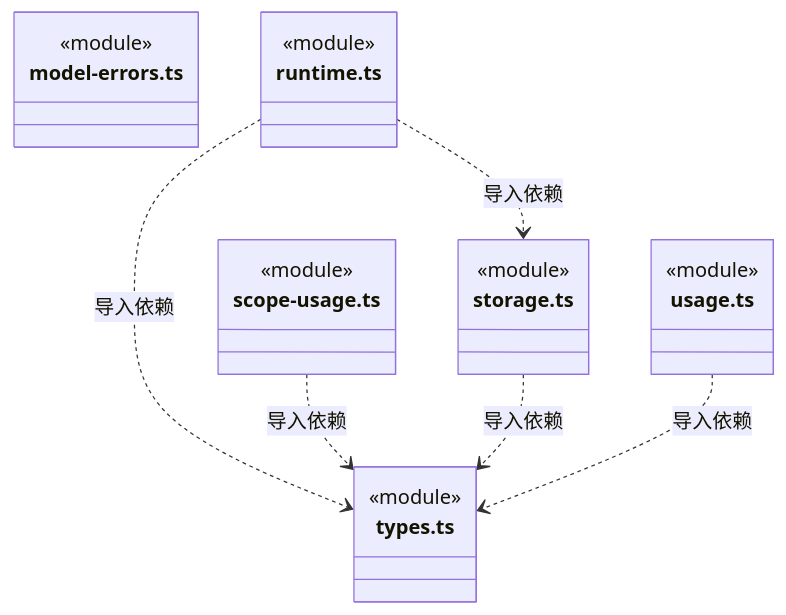
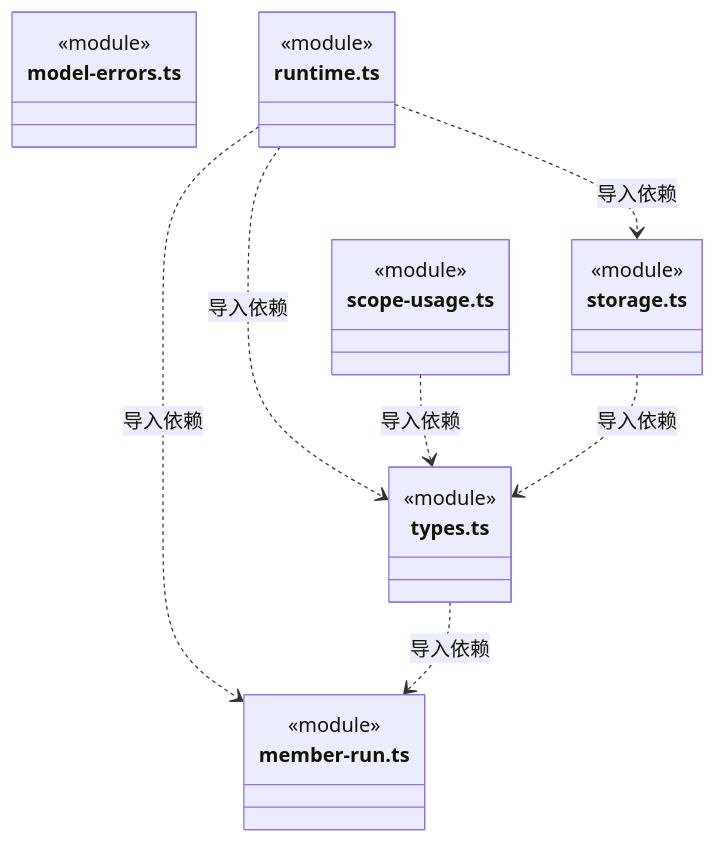
The second of 11 diagrams in src/backend/core/brain/ARCHITECTURE.md (nan023062/cbim), drawn with Mermaid before and after one commit. The commit also changed other lines of this file and 56 other files, not shown here.

````diff
--- a/src/backend/core/brain/ARCHITECTURE.md
+++ b/src/backend/core/brain/ARCHITECTURE.md
@@ -54,26 +54,27 @@
 ```mermaid
 classDiagram
+class N_src_backend_core_brain_member_run_ts["member-run.ts"] {
+  <<module>>
+}
 class N_src_backend_core_brain_model_errors_ts["model-errors.ts"] {
   <<module>>
 }
 class N_src_backend_core_brain_runtime_ts["runtime.ts"] {
   <<module>>
 }
 class N_src_backend_core_brain_scope_usage_ts["scope-usage.ts"] {
   <<module>>
 }
 class N_src_backend_core_brain_storage_ts["storage.ts"] {
   <<module>>
 }
 class N_src_backend_core_brain_types_ts["types.ts"] {
   <<module>>
 }
-class N_src_backend_core_brain_usage_ts["usage.ts"] {
-  <<module>>
-}
 N_src_backend_core_brain_runtime_ts ..> N_src_backend_core_brain_storage_ts : 导入依赖
+N_src_backend_core_brain_runtime_ts ..> N_src_backend_core_brain_member_run_ts : 导入依赖
 N_src_backend_core_brain_runtime_ts ..> N_src_backend_core_brain_types_ts : 导入依赖
 N_src_backend_core_brain_scope_usage_ts ..> N_src_backend_core_brain_types_ts : 导入依赖
 N_src_backend_core_brain_storage_ts ..> N_src_backend_core_brain_types_ts : 导入依赖
-N_src_backend_core_brain_usage_ts ..> N_src_backend_core_brain_types_ts : 导入依赖
+N_src_backend_core_brain_types_ts ..> N_src_backend_core_brain_member_run_ts : 导入依赖
 ```
````
